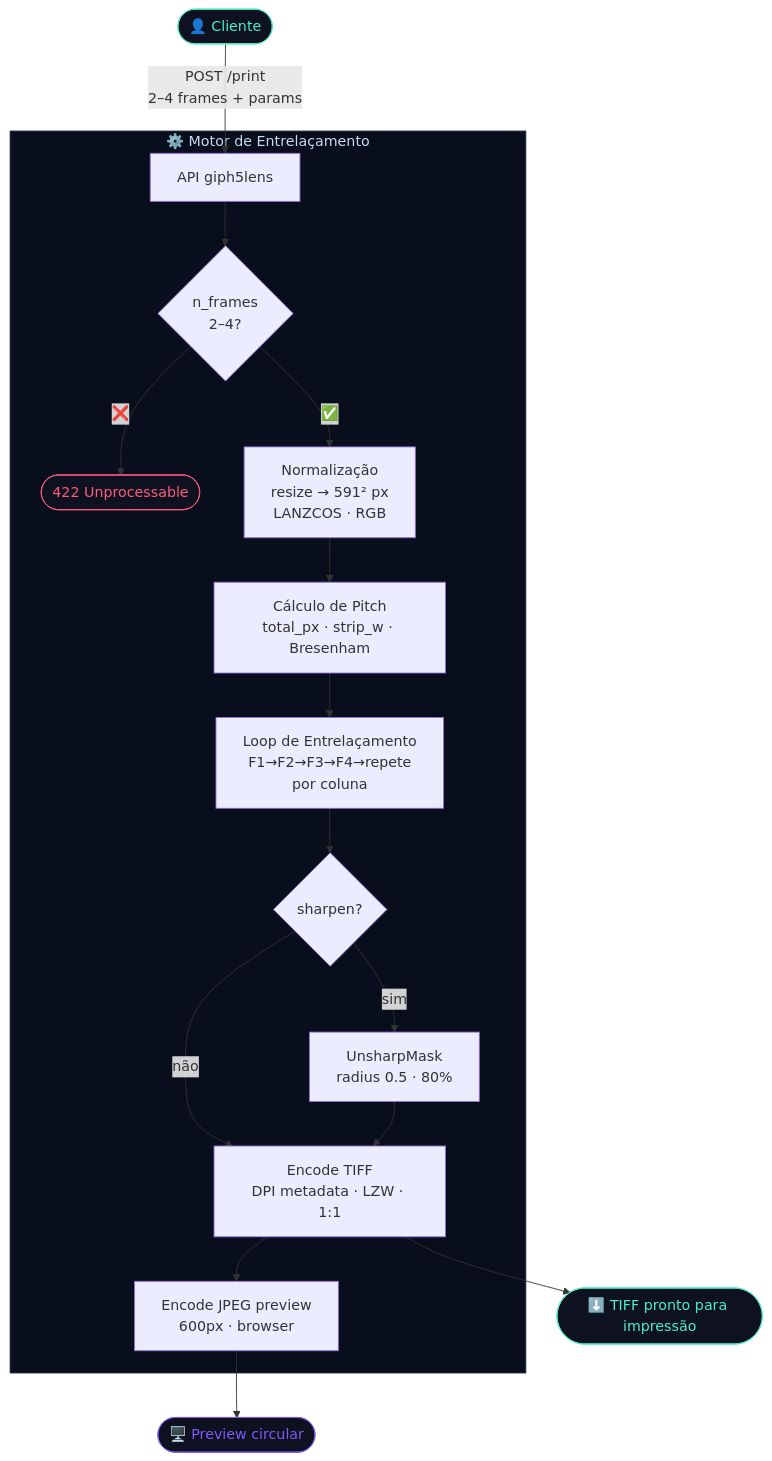
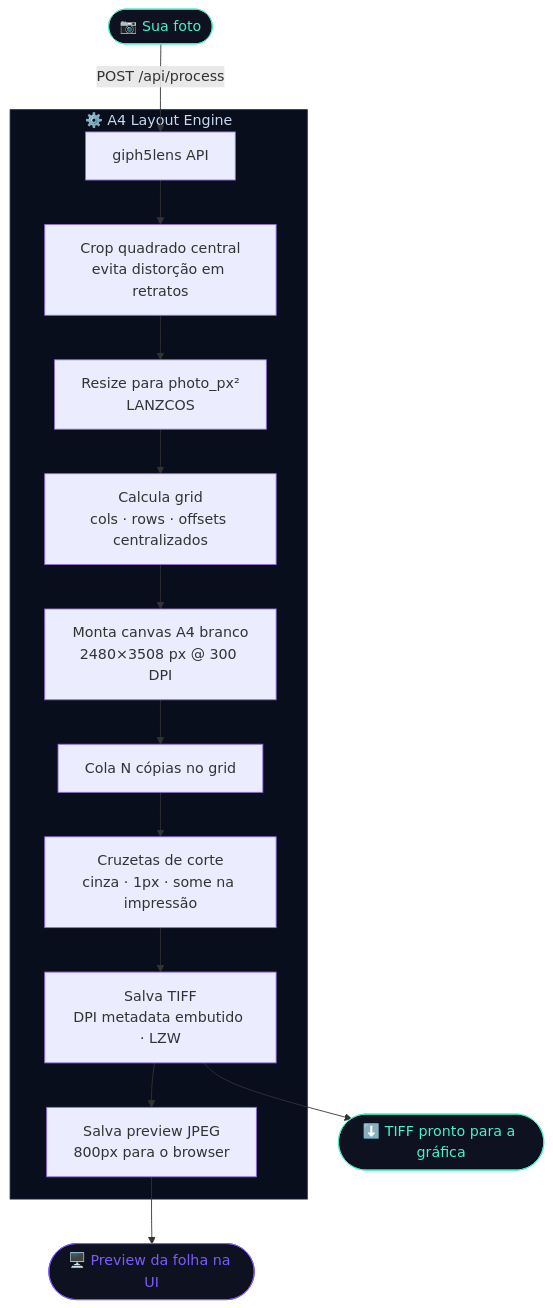
The second of 5 diagrams in README.md (pizzirano/giph5lens), drawn with Mermaid before and after one commit. The commit also changed other lines of this file, not shown here.

Commit message:
docs(readme): add project background, architecture and roadmap

````diff
--- a/README.md
+++ b/README.md
@@ -57,26 +139,23 @@
 ```mermaid
 flowchart TD
-    A([👤 Cliente]) -->|POST /print\n2–4 frames + params| B[API giph5lens]
+    A([📷 Sua foto]) -->|POST /api/process| B[giph5lens API]
 
-    subgraph Motor ["⚙️ Motor de Entrelaçamento"]
-        B --> C{n_frames\n2–4?}
-        C -->|❌| ERR([422 Unprocessable])
-        C -->|✅| D[Normalização\nresize → 591² px\nLANZCOS · RGB]
-        D --> E[Cálculo de Pitch\ntotal_px · strip_w · Bresenham]
-        E --> F[Loop de Entrelaçamento\nF1→F2→F3→F4→repete\npor coluna]
-        F --> G{sharpen?}
-        G -->|sim| H[UnsharpMask\nradius 0.5 · 80%]
-        G -->|não| I
-        H --> I[Encode TIFF\nDPI metadata · LZW · 1:1]
-        I --> J[Encode JPEG preview\n600px · browser]
+    subgraph Engine["⚙️ A4 Layout Engine"]
+        B --> C[Crop quadrado central\nevita distorção em retratos]
+        C --> D[Resize para photo_px²\nLANZCOS]
+        D --> E[Calcula grid\ncols · rows · offsets centralizados]
+        E --> F[Monta canvas A4 branco\n2480×3508 px @ 300 DPI]
+        F --> G[Cola N cópias no grid]
+        G --> H[Cruzetas de corte\ncinza · 1px · some na impressão]
+        H --> I[Salva TIFF\nDPI metadata embutido · LZW]
+        I --> J[Salva preview JPEG\n800px para o browser]
     end
 
-    J --> K([🖥️ Preview circular])
-    I --> L([⬇️ TIFF pronto para impressão])
+    J --> K([🖥️ Preview da folha na UI])
+    I --> L([⬇️ TIFF pronto para a gráfica])
 
     style A fill:#0d1120,color:#4af0c8,stroke:#4af0c8
-    style ERR fill:#0d1120,color:#ff5c7a,stroke:#ff5c7a
     style K fill:#0d1120,color:#7b5cfa,stroke:#7b5cfa
     style L fill:#0d1120,color:#4af0c8,stroke:#4af0c8
-    style Motor fill:#080e1c,color:#c8d8f0,stroke:#1a2540
+    style Engine fill:#080e1c,color:#c8d8f0,stroke:#1a2540
 ```
````
